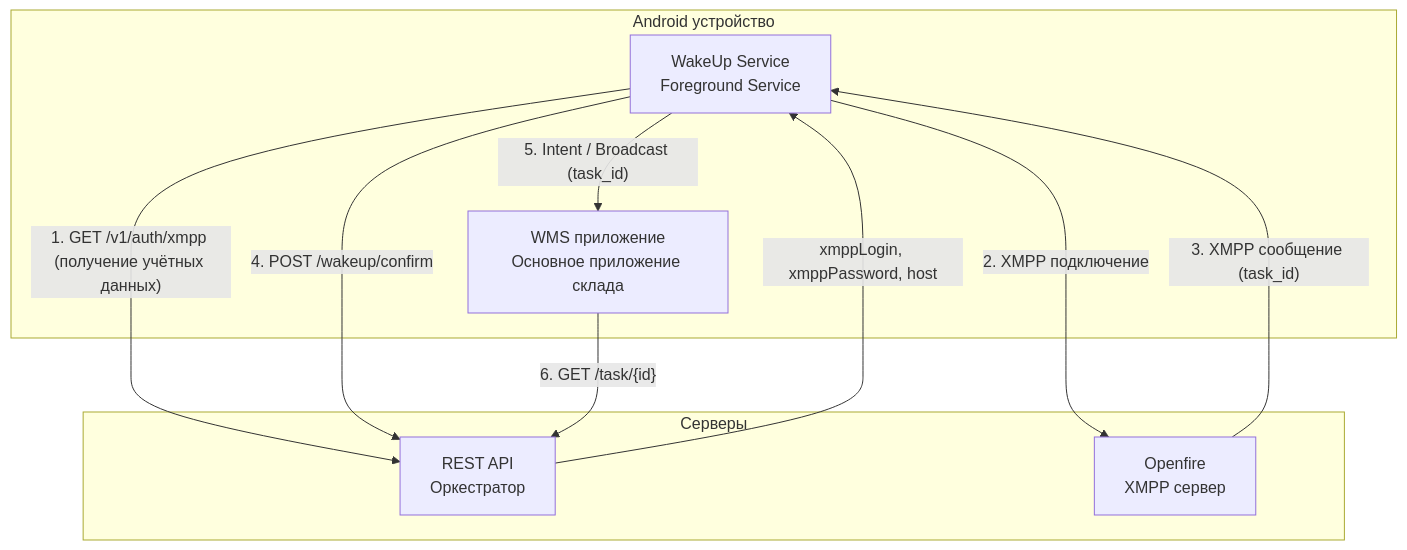
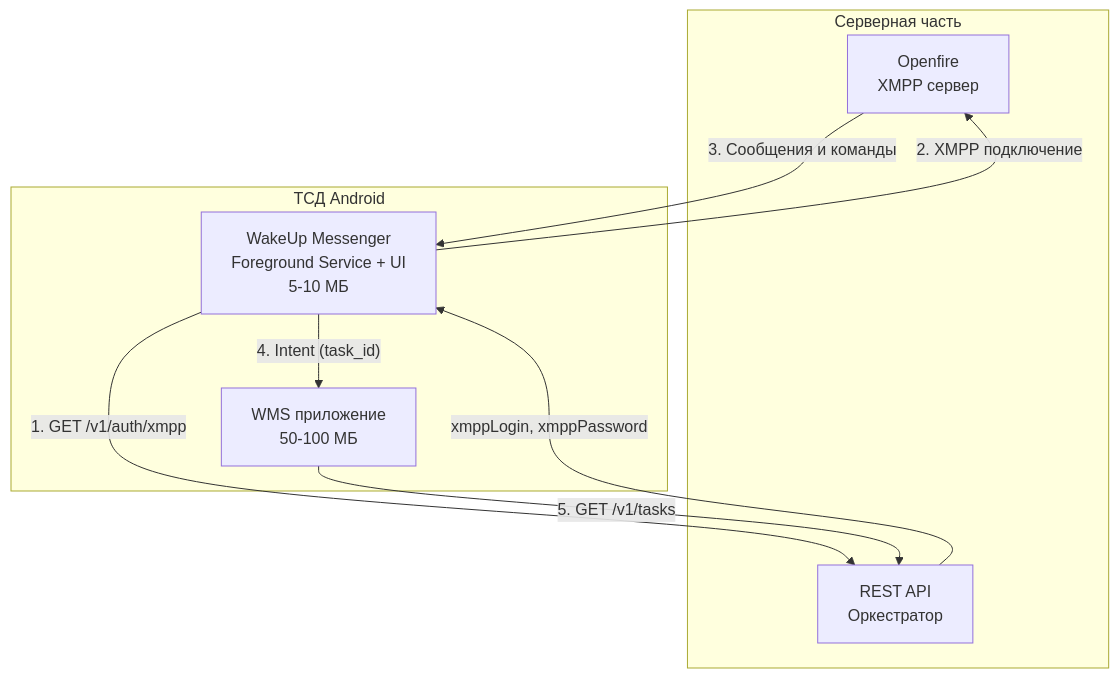
Before and after one commit to polushindn-art/oralce-api: the first of 7 diagrams in src/main/resources/markdown/WakeUP_Service/3_WakeUpProd.md, drawn with Mermaid. The commit also changed other lines of this file and 7 other files, not shown here.

````diff
--- a/src/main/resources/markdown/WakeUP_Service/3_WakeUpProd.md
+++ b/src/main/resources/markdown/WakeUP_Service/3_WakeUpProd.md
@@ -62,24 +234,21 @@
 ```mermaid
 graph TB
-    subgraph "Android устройство"
-        WU["WakeUp Service<br/>Foreground Service"]
-        WMS["WMS приложение<br/>Основное приложение склада"]
+    subgraph "Серверная часть"
+        OF[Openfire<br/>XMPP сервер]
+        API[REST API<br/>Оркестратор]
     end
-
-    subgraph "Серверы"
-        API["REST API<br/>Оркестратор"]
-        OF["Openfire<br/>XMPP сервер"]
+    
+    subgraph "ТСД Android"
+        WU[WakeUp Messenger<br/>Foreground Service + UI<br/>5-10 МБ]
+        WMS[WMS приложение<br/>50-100 МБ]
     end
-
-    WU -->|"1. GET /v1/auth/xmpp <br/>(получение учётных данных)"| API
-    API -->|"xmppLogin, xmppPassword, host"| WU
-
+    
+    WU -->|"1. GET /v1/auth/xmpp"| API
+    API -->|"xmppLogin, xmppPassword"| WU
+    
     WU -->|"2. XMPP подключение"| OF
-    OF -->|"3. XMPP сообщение (task_id)"| WU
-
-    WU -->|"4. POST /wakeup/confirm"| API
-
-    WU -->|"5. Intent / Broadcast (task_id)"| WMS
-
-    WMS -->|"6. GET /task/{id}"| API
+    OF -->|"3. Сообщения и команды"| WU
+    
+    WU -->|"4. Intent (task_id)"| WMS
+    WMS -->|"5. GET /v1/tasks"| API
 ```
````
